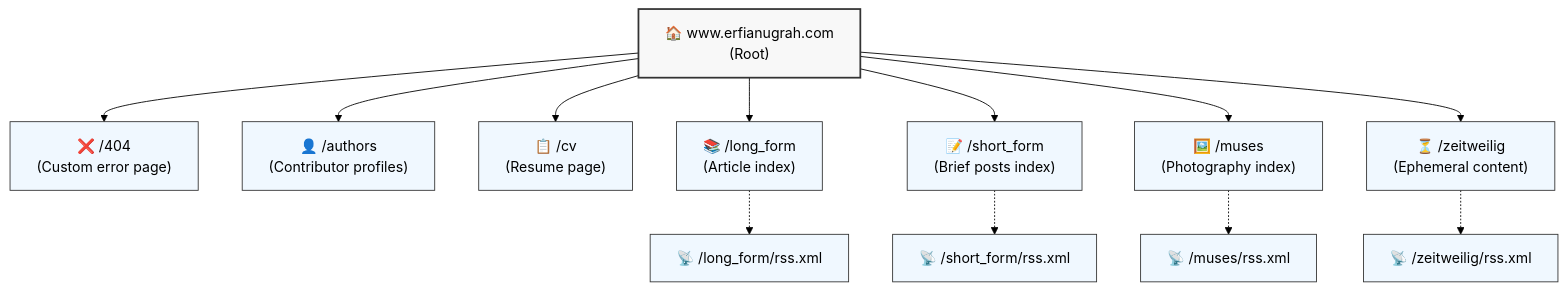
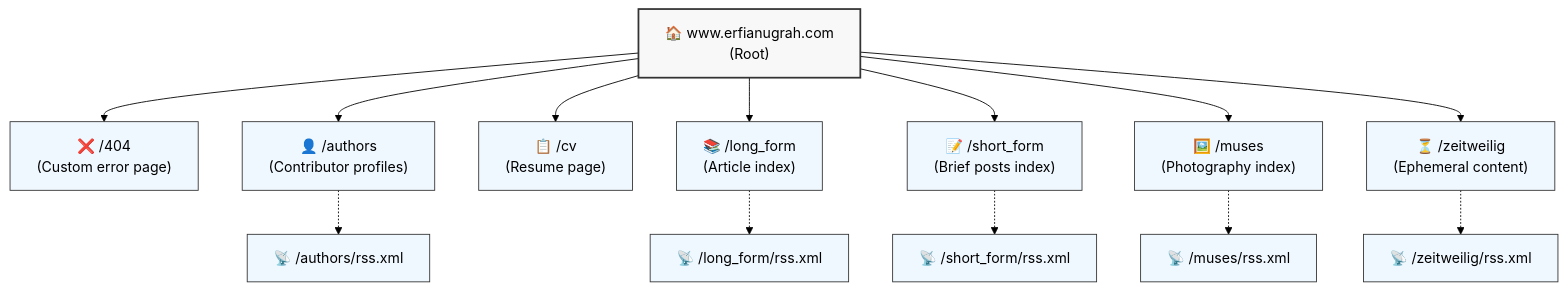
One commit to erfianugrah/revista-3 changed the seventh of 9 diagrams in README.md. Above: the diagram before and after it, drawn with Mermaid (forest theme). The commit also changed other lines of this file and 14 other files, not shown here.

````diff
--- a/README.md
+++ b/README.md
@@ -379,23 +386,24 @@
 ```mermaid
 graph TD
     classDef rootRoute fill:#f8f8f8,stroke:#333,stroke-width:2px
     classDef staticRoute fill:#f0f8ff,stroke:#333,stroke-width:1px
 
     A["🏠 www.erfianugrah.com<br>(Root)"] --> B["❌ /404<br>(Custom error page)"]
     A --> C["👤 /authors<br>(Contributor profiles)"]
     A --> D["📋 /cv<br>(Resume page)"]
     A --> E["📚 /long_form<br>(Article index)"]
     A --> F["📝 /short_form<br>(Brief posts index)"]
     A --> G["🖼️ /muses<br>(Photography index)"]
     A --> H["⏳ /zeitweilig<br>(Ephemeral content)"]
 
     %% RSS feeds
+    C -.-> C0["📡 /authors/rss.xml"]
     E -.-> E0["📡 /long_form/rss.xml"]
     F -.-> F0["📡 /short_form/rss.xml"]
     G -.-> G0["📡 /muses/rss.xml"]
     H -.-> H0["📡 /zeitweilig/rss.xml"]
 
     class A rootRoute
     class B,C,D,E,F,G,H staticRoute
-    class E0,F0,G0,H0 staticRoute
+    class C0,E0,F0,G0,H0 staticRoute
 ```
````
